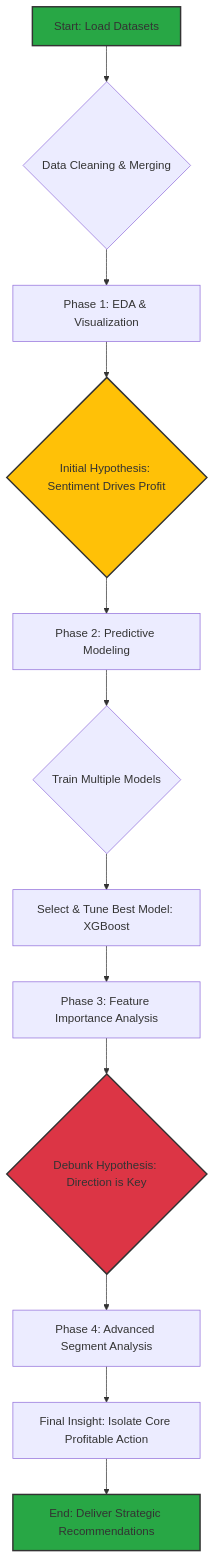
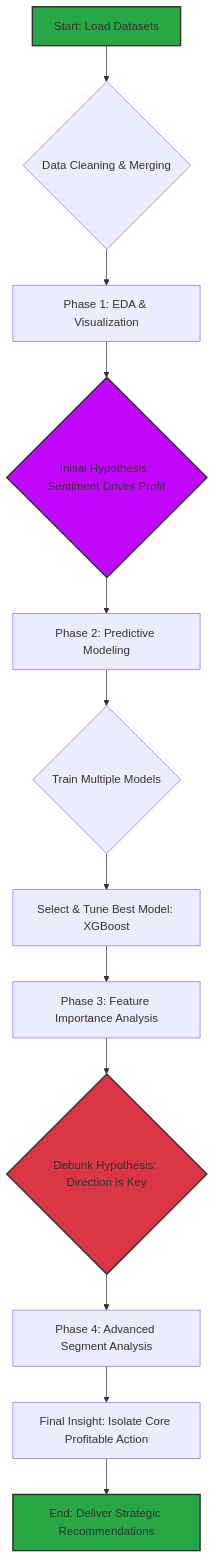
The diagram in README.md (Auth0r-C0dez/Trader-Behavior), drawn with Mermaid before and after one commit.

````diff
--- a/README.md
+++ b/README.md
@@ -77,19 +77,19 @@
 ```mermaid
 graph TD
     A[Start: Load Datasets] --> B{Data Cleaning & Merging};
     B --> C[Phase 1: EDA & Visualization];
     C --> D{Initial Hypothesis: Sentiment Drives Profit};
     D --> E[Phase 2: Predictive Modeling];
     E --> F{Train Multiple Models};
     F --> G[Select & Tune Best Model: XGBoost];
     G --> H[Phase 3: Feature Importance Analysis];
     H --> I{Debunk Hypothesis: Direction is Key};
     I --> J[Phase 4: Advanced Segment Analysis];
     J --> K[Final Insight: Isolate Core Profitable Action];
     K --> L[End: Deliver Strategic Recommendations];
 
     style A fill:#28a745,stroke:#333,stroke-width:2px
     style L fill:#28a745,stroke:#333,stroke-width:2px
-    style D fill:#ffc107,stroke:#333,stroke-width:2px
+    style D fill:#c107ff,stroke:#333,stroke-width:2px
     style I fill:#dc3545,stroke:#333,stroke-width:2px
 ```
````
